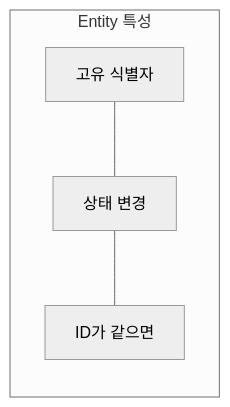
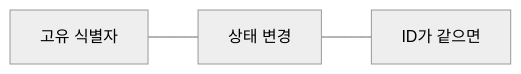
Before and after one commit to yjkim2015/yjkim2015.github.io: the fourth of 7 diagrams in _posts/architecture/2026-05-01-ddd.md, drawn with Mermaid (neutral theme). The commit also changed other lines of this file and 155 other files, not shown here.

First line of the commit message:
Mermaid 전면 수정: subgraph 제거, participant/노드/줄수 축소 (342블록)

````diff
--- a/_posts/architecture/2026-05-01-ddd.md
+++ b/_posts/architecture/2026-05-01-ddd.md
@@ -132,10 +125,5 @@
 ```mermaid
 graph LR
-    subgraph "Entity 특성"
-        ID["고유 식별자"]
-        STATE["상태 변경"]
-        EQUAL["ID가 같으면"]
-    end
-    ID --- STATE
-    STATE --- EQUAL
+    ID["고유 식별자"] --- STATE["상태 변경"]
+    STATE --- EQUAL["ID가 같으면"]
 ```
````
